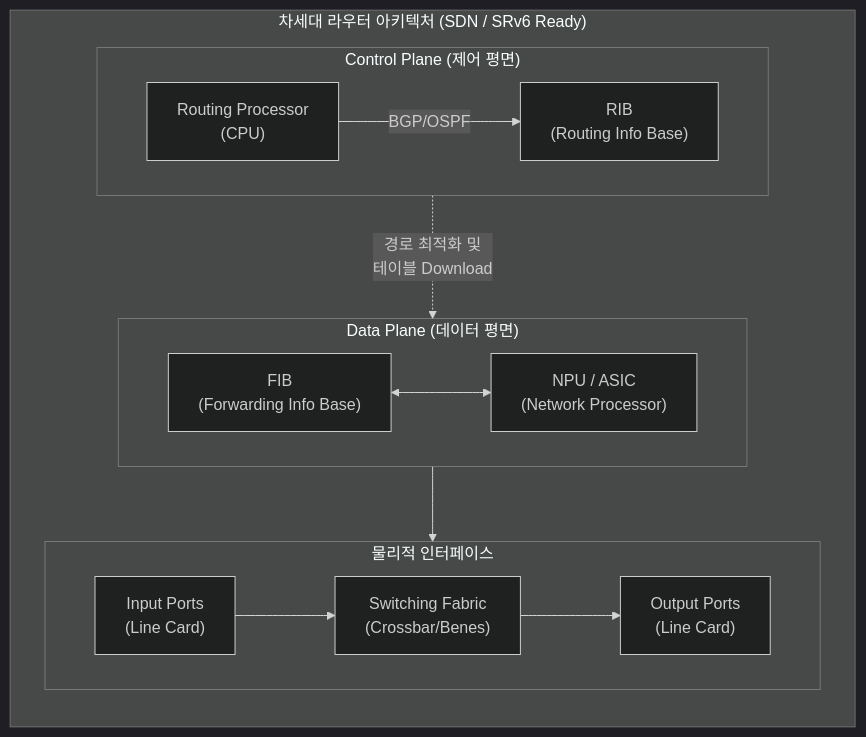
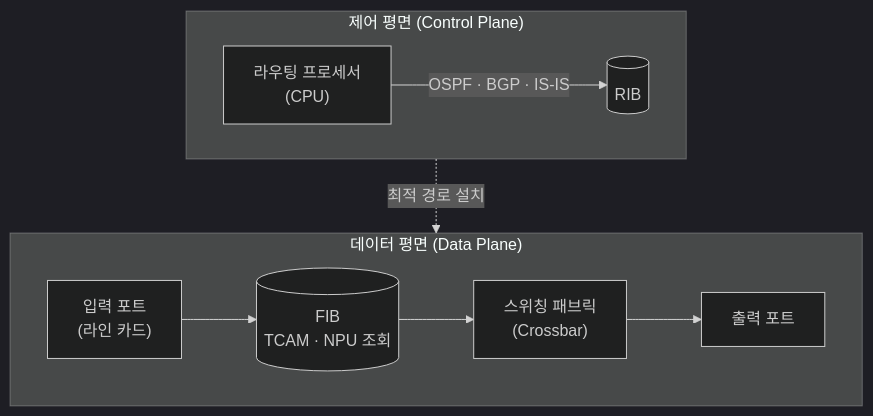
One commit to supremethumb/supremethumb.github.io changed the diagram in content/01_IT Tech/라우터.md. Above: the diagram before and after it, drawn with Mermaid (dark theme). The commit also changed other lines of this file and 1087 other files, not shown here.

````diff
--- a/content/01_IT Tech/라우터.md
+++ b/content/01_IT Tech/라우터.md
@@ -23,32 +35,13 @@
 ```mermaid
 flowchart TB
-    subgraph Router["차세대 라우터 아키텍처 (SDN / SRv6 Ready)"]
-        direction TB
-        
-        subgraph CP["Control Plane (제어 평면)"]
-            direction LR
-            RP["Routing Processor<br/>(CPU)"]
-            RIB["RIB<br/>(Routing Info Base)"]
-            RP -- BGP/OSPF --> RIB
-        end
-        
-        subgraph DP["Data Plane (데이터 평면)"]
-            direction LR
-            FIB["FIB<br/>(Forwarding Info Base)"]
-            NP["NPU / ASIC<br/>(Network Processor)"]
-            FIB <--> NP
-        end
-        
-        subgraph Interfaces["물리적 인터페이스"]
-            direction LR
-            In["Input Ports<br/>(Line Card)"]
-            Out["Output Ports<br/>(Line Card)"]
-            Switch["Switching Fabric<br/>(Crossbar/Benes)"]
-            In --> Switch --> Out
-        end
-        
-        RIB -. "경로 최적화 및<br/>테이블 Download" .-> FIB
-        NP --> Switch
+    subgraph CP["제어 평면 (Control Plane)"]
+        direction LR
+        RP["라우팅 프로세서<br/>(CPU)"] -- "OSPF · BGP · IS-IS" --> RIB[("RIB")]
     end
-
+    subgraph DP["데이터 평면 (Data Plane)"]
+        direction LR
+        In["입력 포트<br/>(라인 카드)"] --> FIB[("FIB<br/>TCAM · NPU 조회")]
+        FIB --> SW["스위칭 패브릭<br/>(Crossbar)"] --> Out["출력 포트"]
+    end
+    RIB -. "최적 경로 설치" .-> FIB
 ```
````
